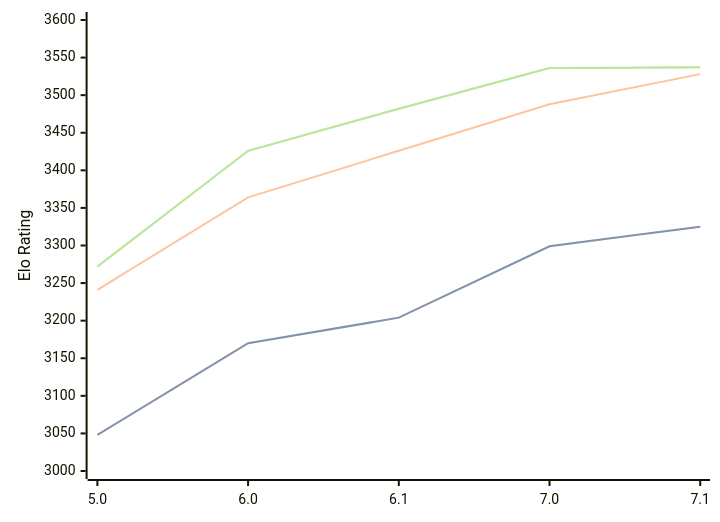
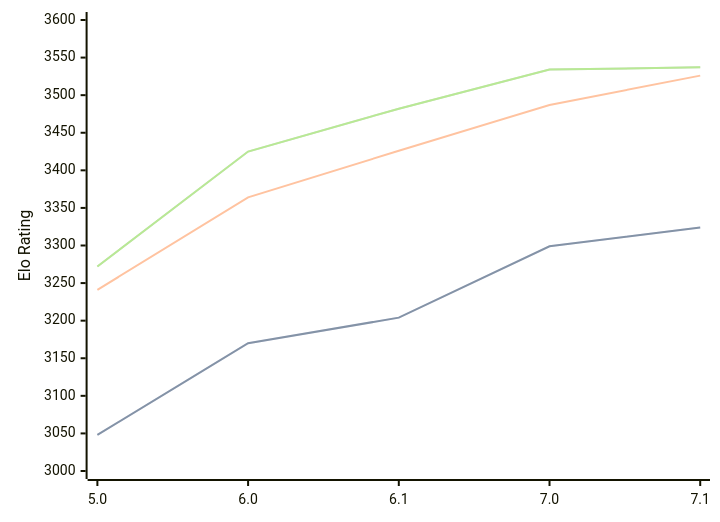
Before and after one commit to computer-chess-index/cci: the diagram in engines/PZChessBot.md, drawn with Mermaid. The commit also changed other lines of this file, not shown here.

Commit message:
Update CCI Ratings (ELO VLTC) - 2026-09-11

````diff
--- a/engines/PZChessBot.md
+++ b/engines/PZChessBot.md
@@ -35,11 +35,11 @@
 ```mermaid
 %%{init: {"theme":"base","themeVariables":{"seriesColors:['#a3a3a3','#222221','#faa371']}}}%%
 xychart-beta
   x-axis ["5.0", "6.0", "6.1", "7.0", "7.1"]
   y-axis "Elo Rating" 3000 --> 3600
-  line "" [3048, 3170, 3204, 3299, 3325]
-  line "STC (8.0+0.08s)" [3048, 3170, 3204, 3299, 3325]
-  line "LTC (60.0+0.60s)" [3241, 3364, 3426, 3488, 3528]
-  line "" [3272, 3426, 3482, 3536, 3537]
-  line "VLTC (2m24s+1.12s)" [3272, 3426, 3482, 3536, 3537]
+  line "" [3048, 3170, 3204, 3299, 3324]
+  line "STC (8.0+0.08s)" [3048, 3170, 3204, 3299, 3324]
+  line "LTC (60.0+0.60s)" [3241, 3364, 3426, 3487, 3526]
+  line "" [3272, 3425, 3482, 3534, 3537]
+  line "VLTC (2m24s+1.12s)" [3272, 3425, 3482, 3534, 3537]
 ```
````
